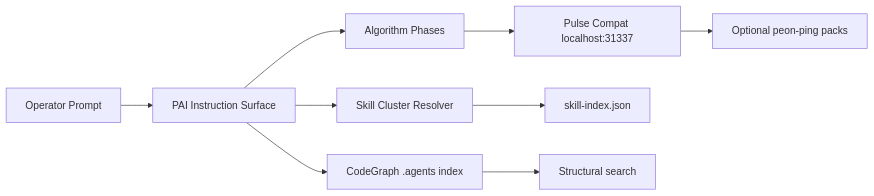
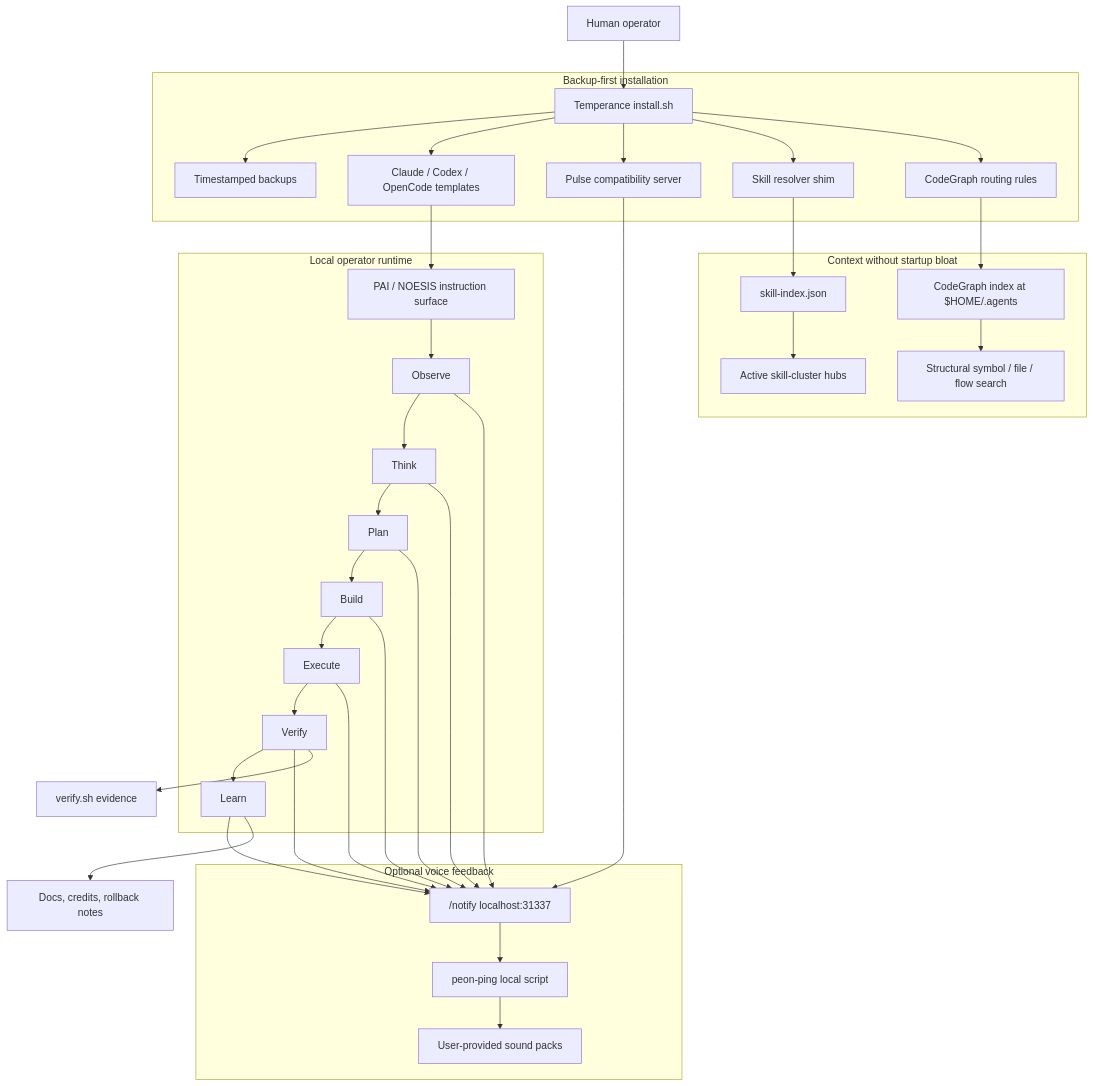
Before and after one commit to Sheshiyer/temperance_engine: the diagram in README.md, drawn with Mermaid. The commit also changed other lines of this file and 6 other files, not shown here.

````diff
--- a/README.md
+++ b/README.md
@@ -62,11 +66,46 @@
 ```mermaid
-graph LR
-    A[Operator Prompt] --> B[PAI Instruction Surface]
-    B --> C[Algorithm Phases]
-    C --> D[Pulse Compat localhost:31337]
-    D --> E[Optional peon-ping packs]
-    B --> F[Skill Cluster Resolver]
-    F --> G[skill-index.json]
-    B --> H[CodeGraph .agents index]
-    H --> I[Structural search]
+flowchart TB
+    U[Human operator] --> I[Temperance install.sh]
+
+    subgraph SafeInstall[Backup-first installation]
+        I --> B[Timestamped backups]
+        I --> T[Claude / Codex / OpenCode templates]
+        I --> P[Pulse compatibility server]
+        I --> R[Skill resolver shim]
+        I --> G[CodeGraph routing rules]
+    end
+
+    subgraph Runtime[Local operator runtime]
+        T --> A[PAI / NOESIS instruction surface]
+        A --> O[Observe]
+        O --> TH[Think]
+        TH --> PL[Plan]
+        PL --> BU[Build]
+        BU --> EX[Execute]
+        EX --> VE[Verify]
+        VE --> LE[Learn]
+    end
+
+    subgraph SearchAndSkills[Context without startup bloat]
+        R --> SI[skill-index.json]
+        SI --> SC[Active skill-cluster hubs]
+        G --> CG[CodeGraph index at $HOME/.agents]
+        CG --> SS[Structural symbol / file / flow search]
+    end
+
+    subgraph Voice[Optional voice feedback]
+        P --> N["/notify localhost:31337"]
+        O --> N
+        TH --> N
+        PL --> N
+        BU --> N
+        EX --> N
+        VE --> N
+        LE --> N
+        N --> PP[peon-ping local script]
+        PP --> VP[User-provided sound packs]
+    end
+
+    VE --> VFY[verify.sh evidence]
+    LE --> DOC[Docs, credits, rollback notes]
 ```
````
